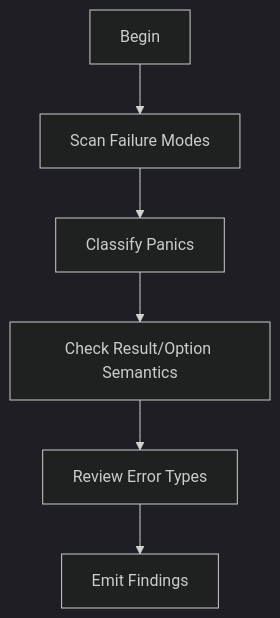
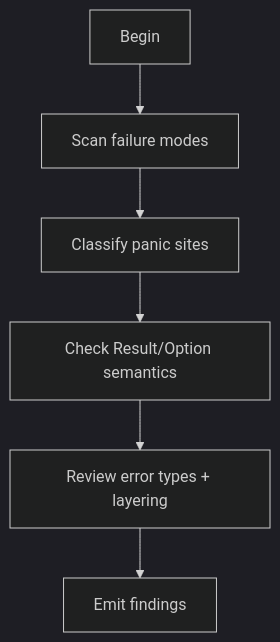
One commit to rumi-engineering/apm2 changed the diagram in documents/skills/rust-standards/references/16_error_handling_and_panic_policy.md. Above: the diagram before and after it, drawn with Mermaid (dark theme). The commit also changed other lines of this file and 40 other files, not shown here.

````diff
--- a/documents/skills/rust-standards/references/16_error_handling_and_panic_policy.md
+++ b/documents/skills/rust-standards/references/16_error_handling_and_panic_policy.md
@@ -14,8 +27,8 @@
 ```mermaid
 flowchart TD
-    START[Begin] --> A[Scan Failure Modes]
-    A --> B[Classify Panics]
-    B --> C[Check Result/Option Semantics]
-    C --> D[Review Error Types]
-    D --> E[Emit Findings]
+    START[Begin] --> A[Scan failure modes]
+    A --> B[Classify panic sites]
+    B --> C[Check Result/Option semantics]
+    C --> D[Review error types + layering]
+    D --> E[Emit findings]
 ```
````
